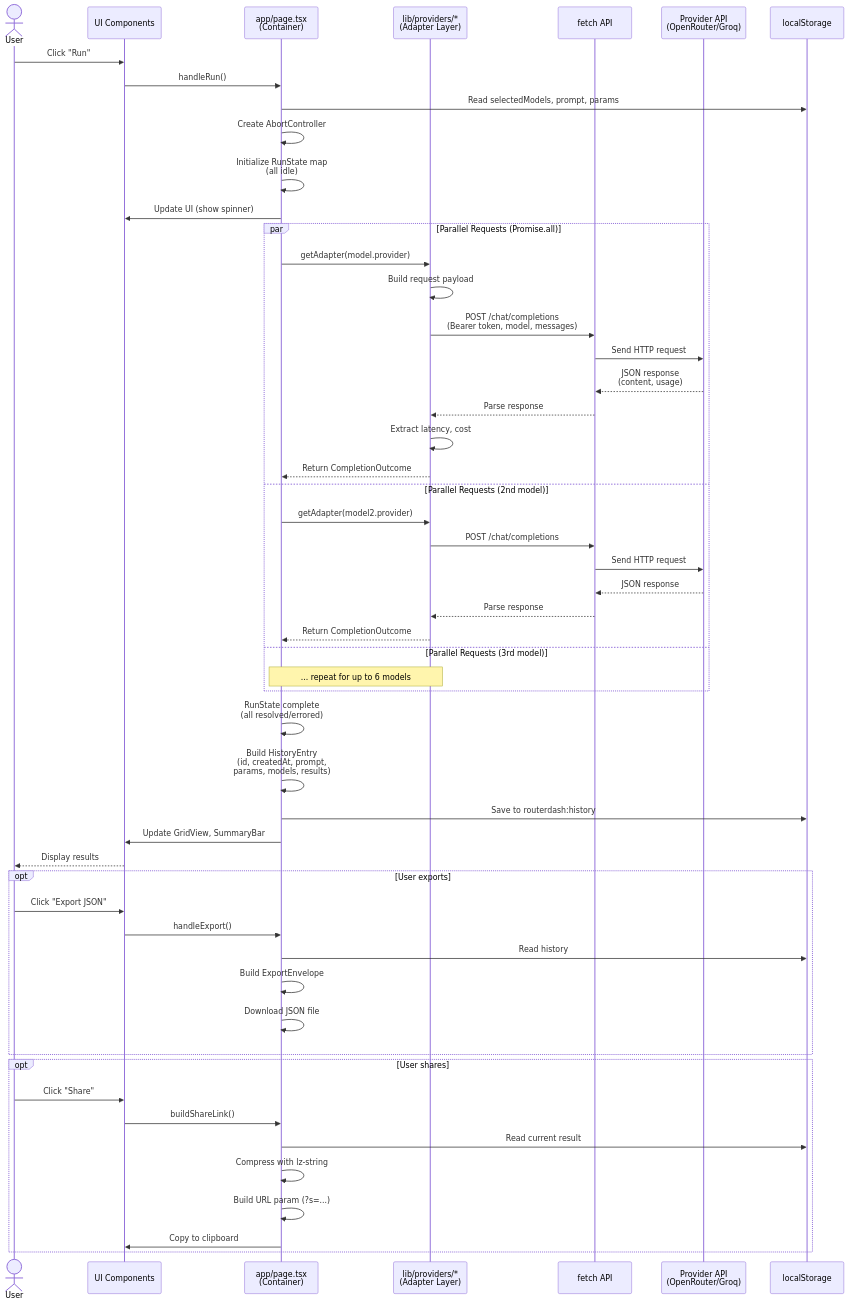
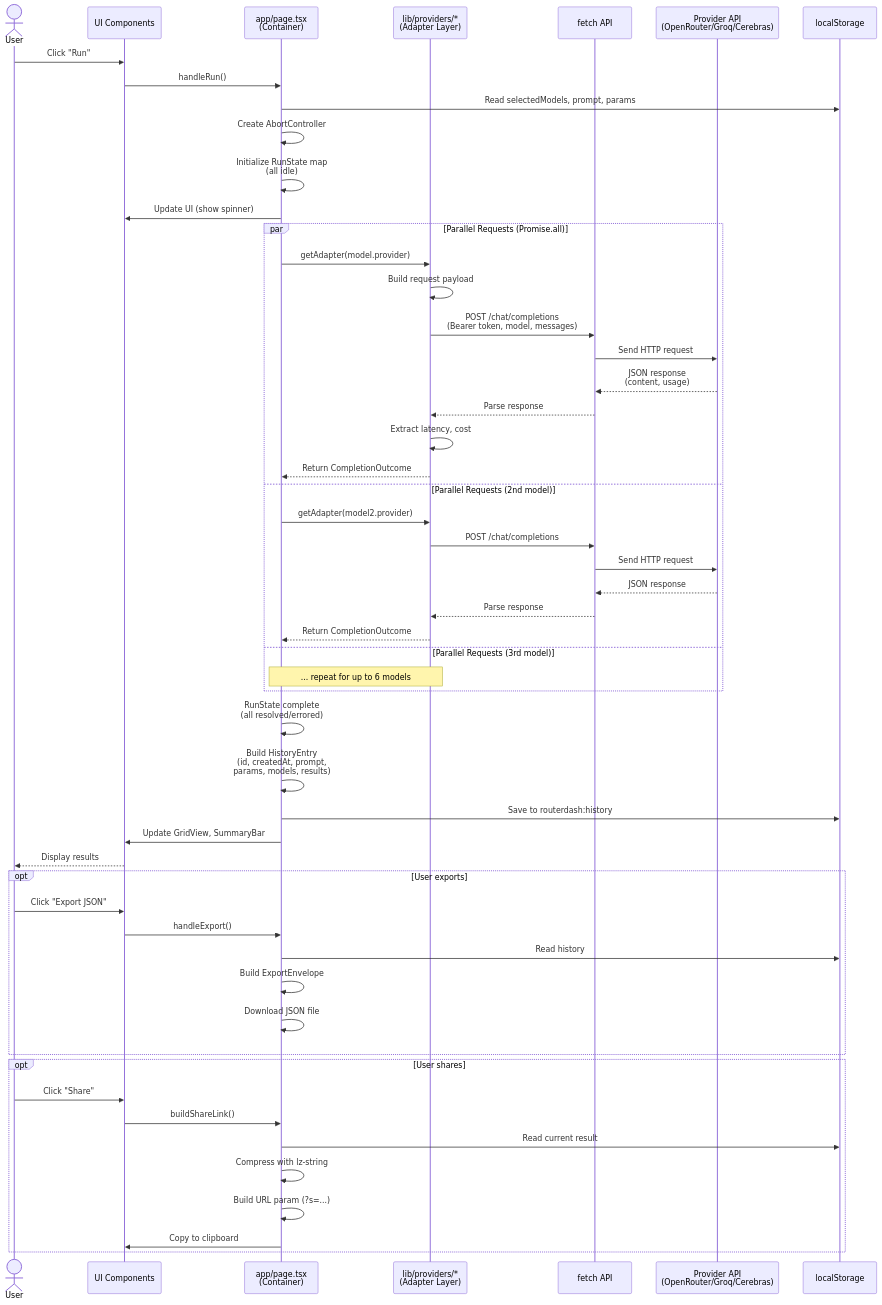
One commit to andymagill/router-dash changed the diagram in codebase-analysis-docs/assets/data-flow.mmd. Above: the diagram before and after it, drawn with Mermaid. The commit also changed 22 other files, not shown here.

First line of the commit message:
Add Cerebras as a third provider (#6)

```diff
--- a/codebase-analysis-docs/assets/data-flow.mmd
+++ b/codebase-analysis-docs/assets/data-flow.mmd
@@ -1,58 +1,58 @@
 sequenceDiagram
     actor User
     participant UI as UI Components
     participant Container as app/page.tsx<br/>(Container)
     participant Provider as lib/providers/*<br/>(Adapter Layer)
     participant HTTP as fetch API
-    participant ExtAPI as Provider API<br/>(OpenRouter/Groq)
+    participant ExtAPI as Provider API<br/>(OpenRouter/Groq/Cerebras)
     participant Storage as localStorage
 
     User->>UI: Click "Run"
     UI->>Container: handleRun()
     Container->>Storage: Read selectedModels, prompt, params
     Container->>Container: Create AbortController
     Container->>Container: Initialize RunState map<br/>(all idle)
     Container->>UI: Update UI (show spinner)
 
     par Parallel Requests (Promise.all)
         Container->>Provider: getAdapter(model.provider)
         Provider->>Provider: Build request payload
         Provider->>HTTP: POST /chat/completions<br/>(Bearer token, model, messages)
         HTTP->>ExtAPI: Send HTTP request
         ExtAPI-->>HTTP: JSON response<br/>(content, usage)
         HTTP-->>Provider: Parse response
         Provider->>Provider: Extract latency, cost
         Provider-->>Container: Return CompletionOutcome
     and Parallel Requests (2nd model)
         Container->>Provider: getAdapter(model2.provider)
         Provider->>HTTP: POST /chat/completions
         HTTP->>ExtAPI: Send HTTP request
         ExtAPI-->>HTTP: JSON response
         HTTP-->>Provider: Parse response
         Provider-->>Container: Return CompletionOutcome
     and Parallel Requests (3rd model)
         note over Container,Provider: ... repeat for up to 6 models
     end
 
     Container->>Container: RunState complete<br/>(all resolved/errored)
     Container->>Container: Build HistoryEntry<br/>(id, createdAt, prompt,<br/>params, models, results)
     Container->>Storage: Save to routerdash:history
     Container->>UI: Update GridView, SummaryBar
     UI-->>User: Display results
 
     opt User exports
         User->>UI: Click "Export JSON"
         UI->>Container: handleExport()
         Container->>Storage: Read history
         Container->>Container: Build ExportEnvelope
         Container->>Container: Download JSON file
     end
 
     opt User shares
         User->>UI: Click "Share"
         UI->>Container: buildShareLink()
         Container->>Storage: Read current result
         Container->>Container: Compress with lz-string
         Container->>Container: Build URL param (?s=...)
         Container->>UI: Copy to clipboard
     end
```
